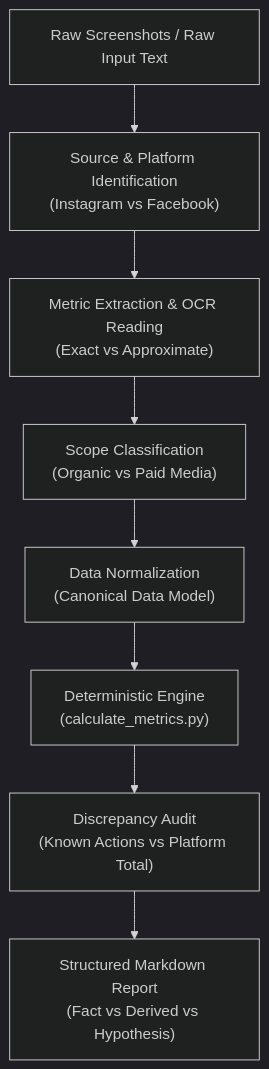
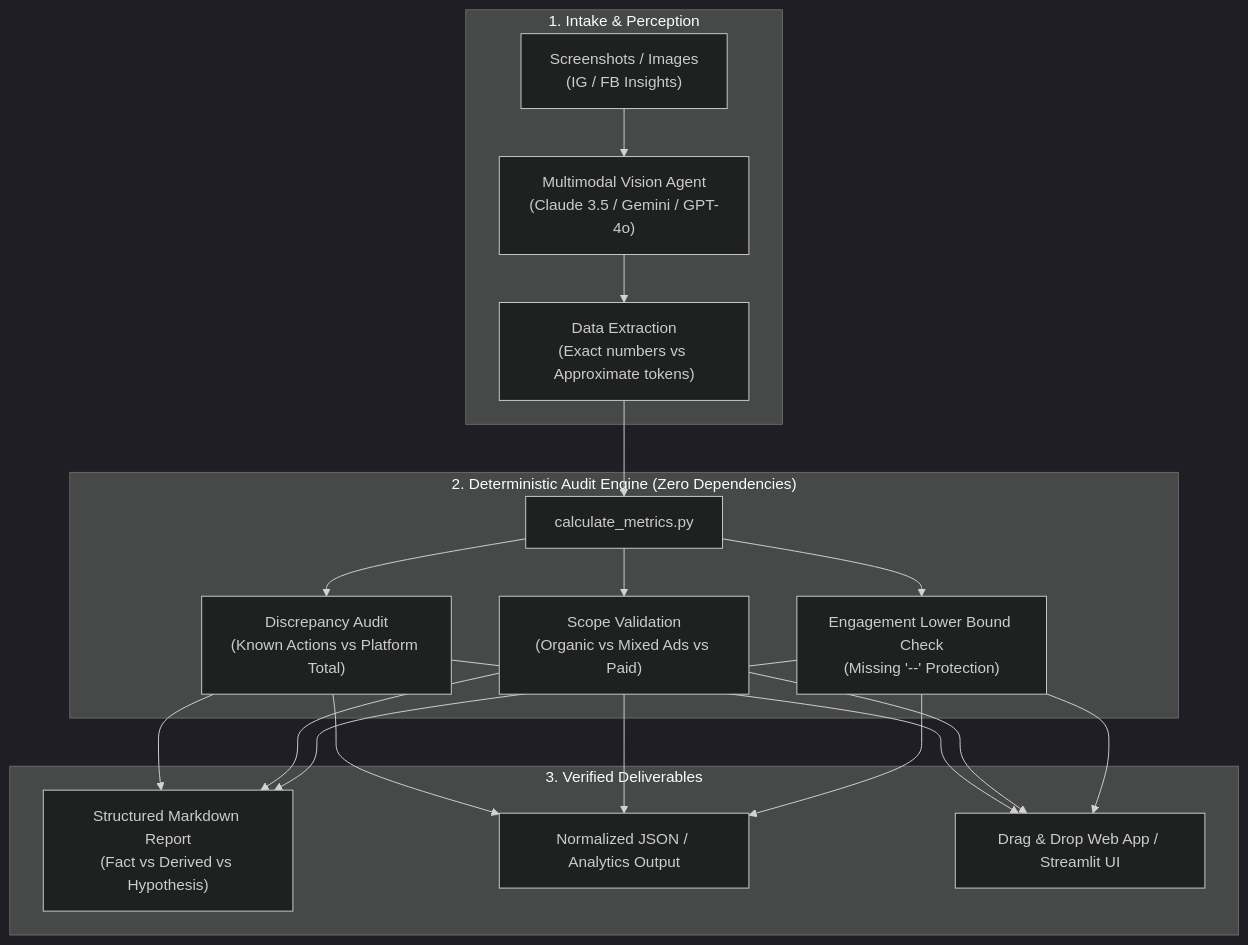
One commit to czoemeijer/social-media-report-automation changed the diagram in README.md. Above: the diagram before and after it, drawn with Mermaid (dark theme). The commit also changed other lines of this file and 22 other files, not shown here.

First line of the commit message:
feat: standardize open-source specifications, add CI, privacy sanitization, and drag-and-drop UI client

````diff
--- a/README.md
+++ b/README.md
@@ -35,10 +41,20 @@
 ```mermaid
 flowchart TD
-    A["Raw Screenshots / Raw Input Text"] --> B["Source & Platform Identification\n(Instagram vs Facebook)"]
-    B --> C["Metric Extraction & OCR Reading\n(Exact vs Approximate)"]
-    C --> D["Scope Classification\n(Organic vs Paid Media)"]
-    D --> E["Data Normalization\n(Canonical Data Model)"]
-    E --> F["Deterministic Engine\n(calculate_metrics.py)"]
-    F --> G["Discrepancy Audit\n(Known Actions vs Platform Total)"]
-    G --> H["Structured Markdown Report\n(Fact vs Derived vs Hypothesis)"]
+    subgraph INTAKE ["1. Intake & Perception"]
+        A["Screenshots / Images\n(IG / FB Insights)"] --> B["Multimodal Vision Agent\n(Claude 3.5 / Gemini / GPT-4o)"]
+        B --> C["Data Extraction\n(Exact numbers vs Approximate tokens)"]
+    end
+
+    subgraph ENGINE ["2. Deterministic Audit Engine (Zero Dependencies)"]
+        C --> D["calculate_metrics.py"]
+        D --> E["Discrepancy Audit\n(Known Actions vs Platform Total)"]
+        D --> F["Scope Validation\n(Organic vs Mixed Ads vs Paid)"]
+        D --> G["Engagement Lower Bound Check\n(Missing '--' Protection)"]
+    end
+
+    subgraph OUTPUT ["3. Verified Deliverables"]
+        E & F & G --> H["Structured Markdown Report\n(Fact vs Derived vs Hypothesis)"]
+        E & F & G --> I["Normalized JSON / Analytics Output"]
+        E & F & G --> J["Drag & Drop Web App / Streamlit UI"]
+    end
 ```
````
